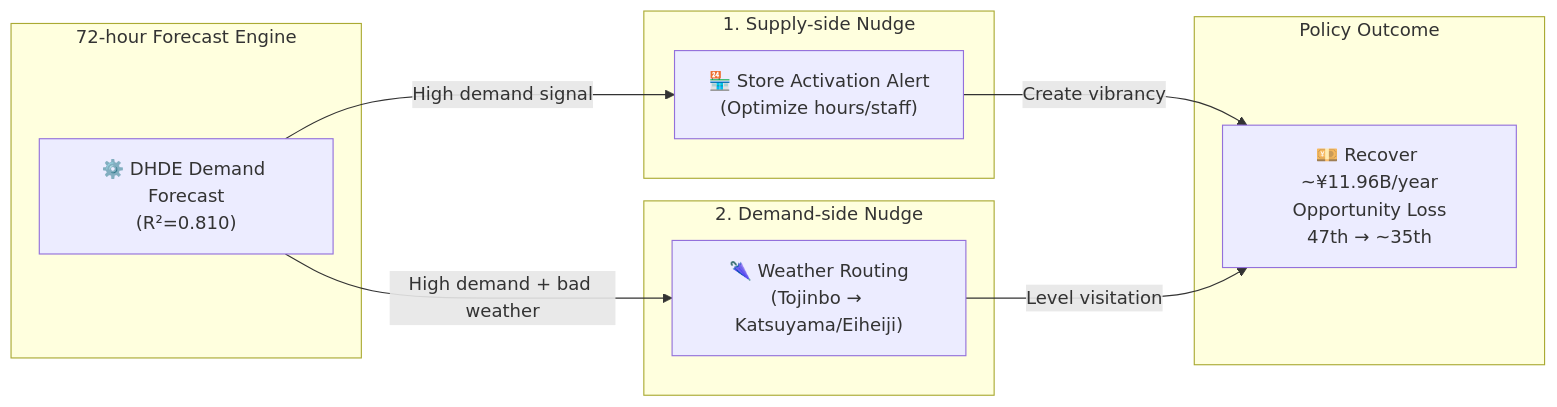
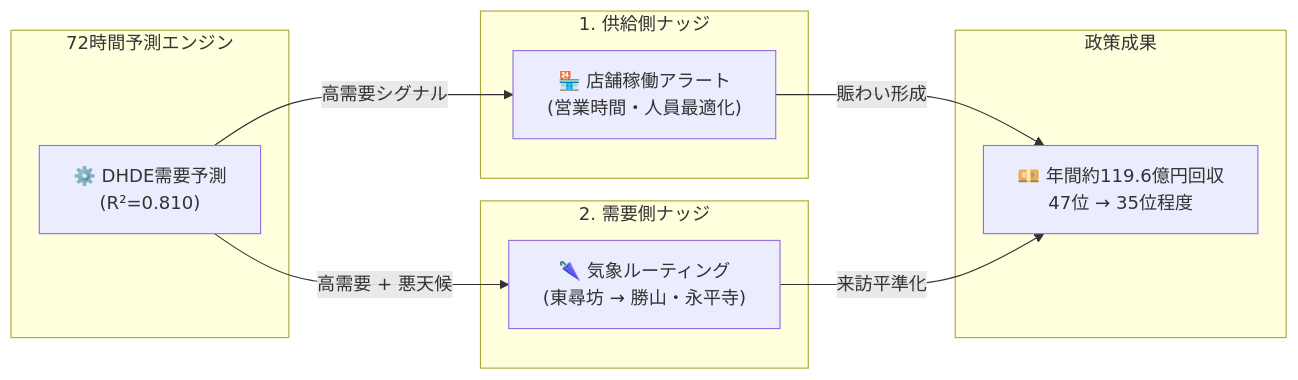
One commit to dinabelay-hub/hokuriku-tourism-ai-governance changed the second of 2 diagrams in output/HOKURIKU_TOURISM_AI_GOVERNANCE_STRATEGY.ja.md. Above: the diagram before and after it, drawn with Mermaid. The commit also changed other lines of this file, not shown here.

````diff
--- a/output/HOKURIKU_TOURISM_AI_GOVERNANCE_STRATEGY.ja.md
+++ b/output/HOKURIKU_TOURISM_AI_GOVERNANCE_STRATEGY.ja.md
@@ -179,19 +179,19 @@
 ```mermaid
 graph LR
-	subgraph Forecast["72-hour Forecast Engine"]
-		F["⚙️ DHDE Demand Forecast<br/>(R²=0.810)"]
-	end
-	subgraph Supply["1. Supply-side Nudge"]
-		SN["🏪 Store Activation Alert<br/>(Optimize hours/staff)"]
-	end
-	subgraph Demand["2. Demand-side Nudge"]
-		DN["🌂 Weather Routing<br/>(Tojinbo → Katsuyama/Eiheiji)"]
-	end
-	subgraph Outcome["Policy Outcome"]
-		R["💴 Recover ~¥11.96B/year<br/>Opportunity Loss<br/>47th → ~35th"]
-	end
-	F -->|"High demand signal"| SN
-	F -->|"High demand + bad weather"| DN
-	SN -->|"Create vibrancy"| R
-	DN -->|"Level visitation"| R
+    subgraph Forecast["72時間予測エンジン"]
+        F["⚙️ DHDE需要予測<br/>(R²=0.810)"]
+    end
+    subgraph Supply["1. 供給側ナッジ"]
+        SN["🏪 店舗稼働アラート<br/>(営業時間・人員最適化)"]
+    end
+    subgraph Demand["2. 需要側ナッジ"]
+        DN["🌂 気象ルーティング<br/>(東尋坊 → 勝山・永平寺)"]
+    end
+    subgraph Outcome["政策成果"]
+        R["💴 年間約119.6億円回収<br/>47位 → 35位程度"]
+    end
+    F -->|"高需要シグナル"| SN
+    F -->|"高需要 + 悪天候"| DN
+    SN -->|"賑わい形成"| R
+    DN -->|"来訪平準化"| R
 ```
````
